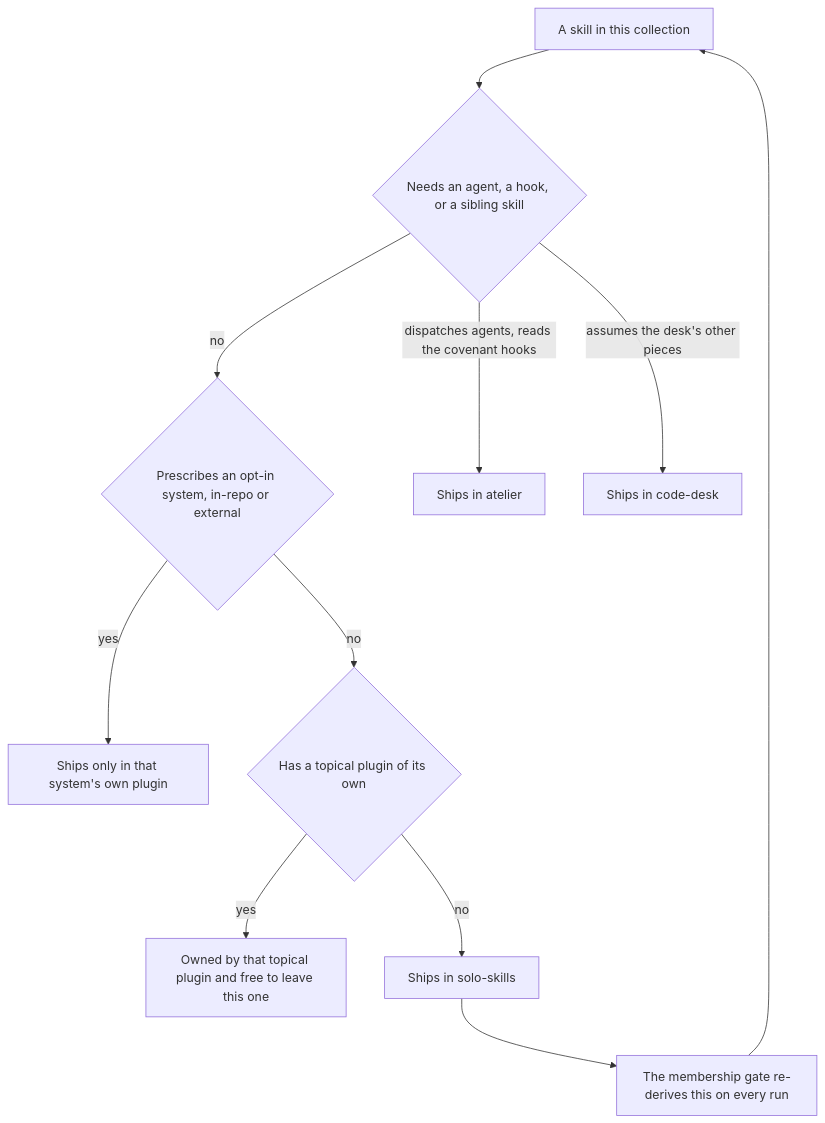
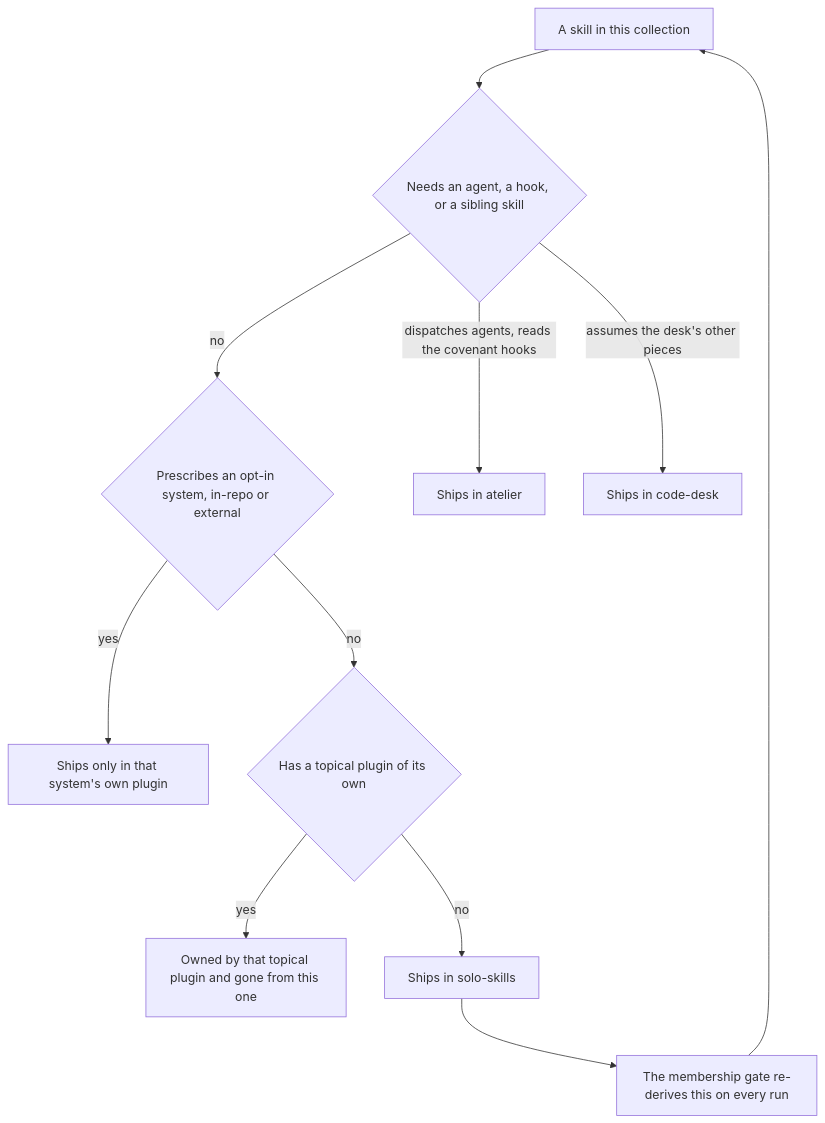
One commit to hsb3/dotfiles-agents changed the diagram in plugins/solo-skills/README.md. Above: the diagram before and after it, drawn with Mermaid. The commit also changed other lines of this file and 3 other files, not shown here.

````diff
--- a/plugins/solo-skills/README.md
+++ b/plugins/solo-skills/README.md
@@ -18,13 +18,13 @@
 ```mermaid
 flowchart TD
     Skill[A skill in this collection] --> Q{Needs an agent, a hook, or a sibling skill}
     Q -->|no| Sys{Prescribes an opt-in system, in-repo or external}
     Sys -->|yes| MEP[Ships only in that system's own plugin]
     Sys -->|no| Top{Has a topical plugin of its own}
-    Top -->|yes| Own[Owned by that topical plugin and free to leave this one]
+    Top -->|yes| Own[Owned by that topical plugin and gone from this one]
     Top -->|no| Solo[Ships in solo-skills]
     Q -->|dispatches agents, reads the covenant hooks| At[Ships in atelier]
     Q -->|assumes the desk's other pieces| CD[Ships in code-desk]
     Solo --> Gate[The membership gate re-derives this on every run]
     Gate --> Skill
 ```
````
